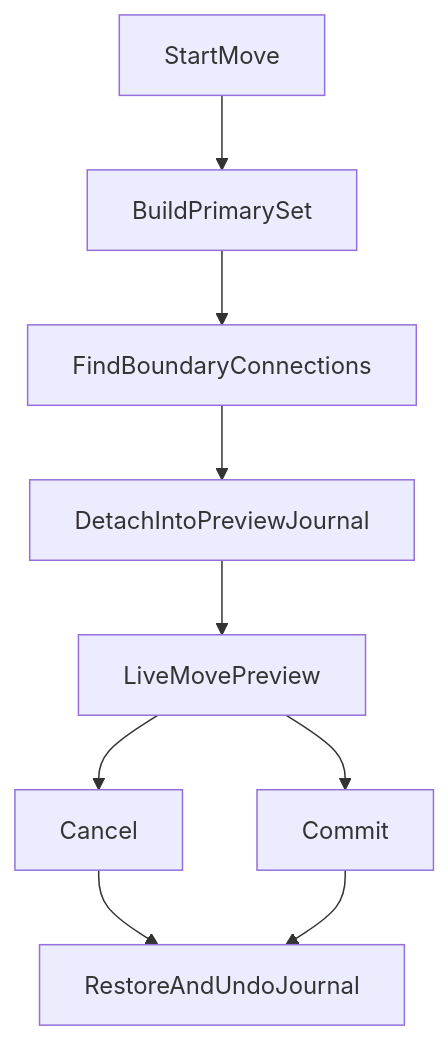
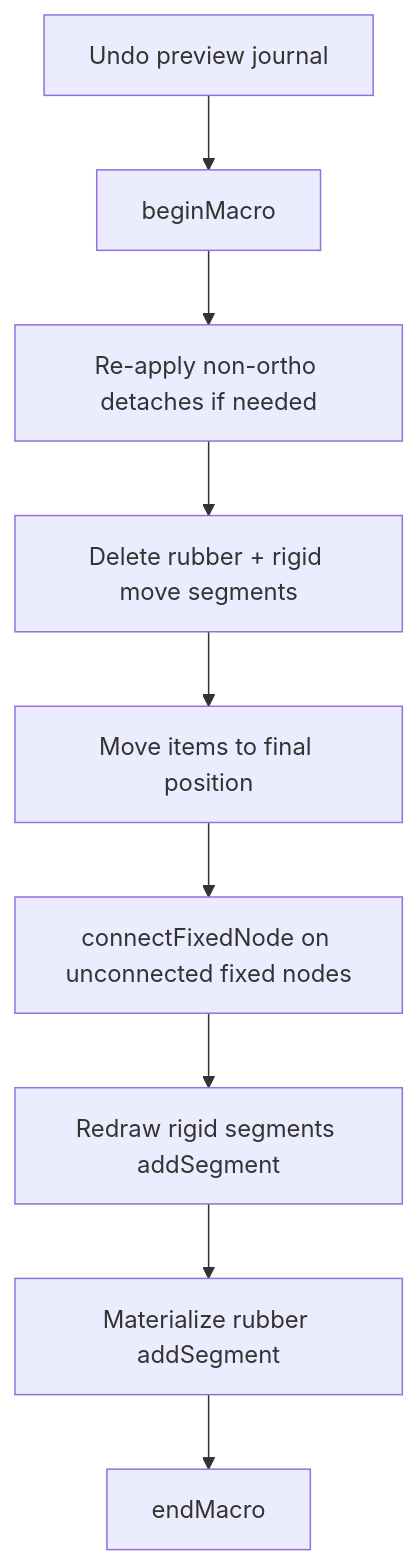
The diagram in doc/MOVE.md (amb5l/ConnectEd), drawn with Mermaid before and after one commit. The commit also changed other lines of this file and 8 other files, not shown here.

````diff
--- a/doc/MOVE.md
+++ b/doc/MOVE.md
@@ -71,20 +62,21 @@
 ```mermaid
 flowchart TD
-    start[StartMove]
-    primary[BuildPrimarySet]
-    boundary[FindBoundaryConnections]
-    detach[DetachIntoPreviewJournal]
-    preview[LiveMovePreview]
-    cancel[Cancel]
-    commit[Commit]
-    rollback[RestoreAndUndoJournal]
+    cancelPreview[Undo preview journal]
+    macro[beginMacro]
+    detachNonOrtho[Re-apply non-ortho detaches if needed]
+    deleteSegs[Delete rubber + rigid move segments]
+    moveGeom[Move items to final position]
+    connect[connectFixedNode on unconnected fixed nodes]
+    rigid[Redraw rigid segments addSegment]
+    rubber[Materialize rubber addSegment]
+    endMacro[endMacro]
 
-    start --> primary
-    primary --> boundary
-    boundary --> detach
-    detach --> preview
-    preview --> cancel
-    preview --> commit
-    cancel --> rollback
-    commit --> rollback
+    cancelPreview --> macro
+    macro --> detachNonOrtho
+    detachNonOrtho --> deleteSegs
+    deleteSegs --> moveGeom
+    moveGeom --> connect
+    connect --> rigid
+    rigid --> rubber
+    rubber --> endMacro
 ```
````
